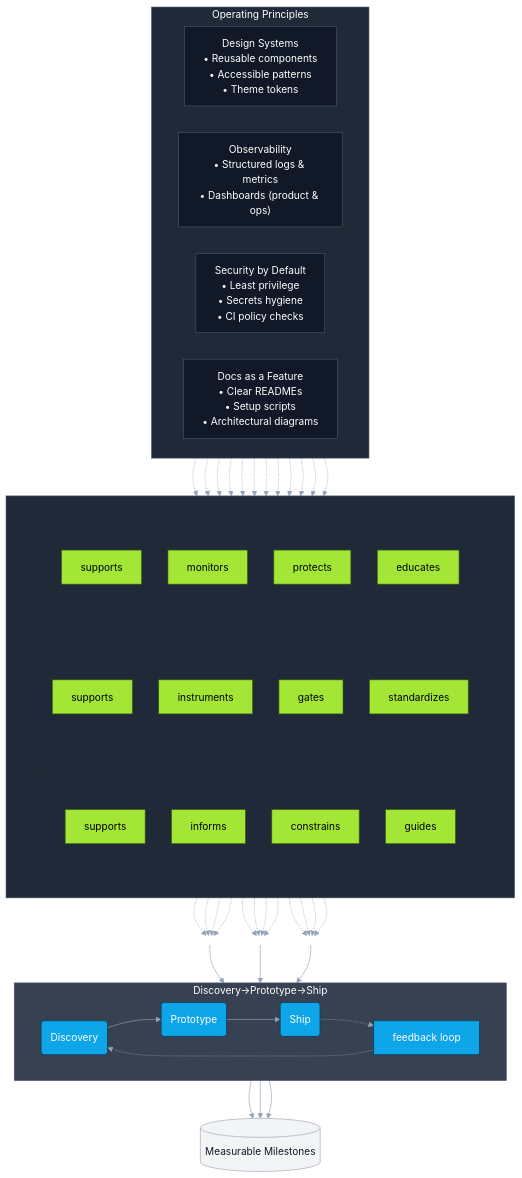
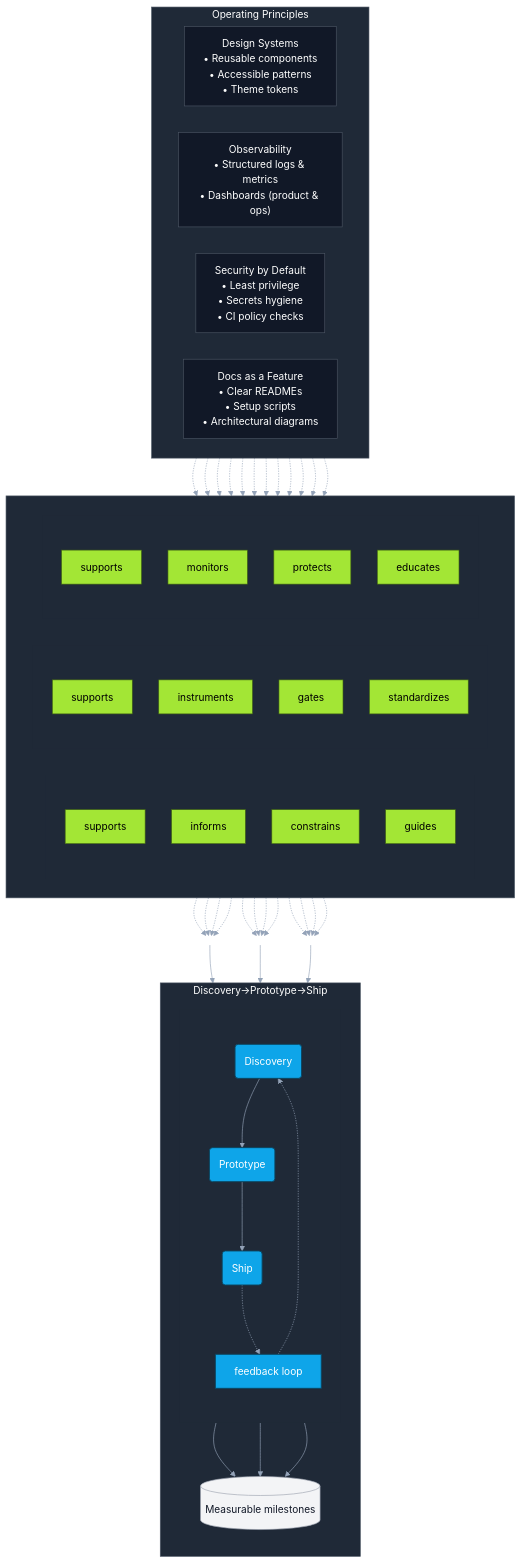
The diagram in README.md (DigitalHerencia/DigitalHerencia), drawn with Mermaid before and after one commit.

Commit message:
Update README.md with formatting and content changes

````diff
--- a/README.md
+++ b/README.md
@@ -208,13 +208,13 @@
     "primaryTextColor":"#ffffff",
     "primaryBorderColor":"#0b4660",
     "lineColor":"#94a3b8",
-    "clusterTitleFontSize":"26px",
+    "clusterTitleFontSize":"86px",
     "clusterTitleColor":"#ffffff"
   }
 }}%%
 flowchart TB
 
-%% Top: Operating Principles
+%% ── Operating Principles (top)
 subgraph PILLARS[Operating Principles]
 direction LR
   DS["Design Systems<br/>• Reusable components<br/>• Accessible patterns<br/>• Theme tokens"]:::pillar
@@ -223,7 +223,7 @@
   DOC["Docs as a Feature<br/>• Clear READMEs<br/>• Setup scripts<br/>• Architectural diagrams"]:::pillar
 end
 
-%% Lane (same color as PILLARS) with green tags inside
+%% ── Influence lane (same color as PILLARS) with green tags inside
 subgraph IMPACT[ ]
 direction LR
   subgraph COL_D[ ]
@@ -249,60 +249,41 @@
   end
 end
 
-%% Anchors (to reduce crossings)
+%% ── Anchors (fan-out to reduce crossings)
 AD((" ")):::anchor
 AP((" ")):::anchor
 AS((" ")):::anchor
 
-%% Middle: Delivery cycle (single-line title)
+%% ── Delivery cycle (left→right order; milestones under the section)
 subgraph CYCLE[Discovery→Prototype→Ship]
-direction LR
-  D(Discovery):::stage --> P(Prototype):::stage --> S(Ship):::stage
-  S -.-> FL["feedback loop"]:::stage
-  FL -.-> D
+direction TB
+  subgraph FLOW[ ]
+  direction TB
+    D(Discovery):::stage --> P(Prototype):::stage --> S(Ship):::stage
+    S -.-> FL["feedback loop"]:::stage
+    FL -.-> D
+  end
+  M[("Measurable milestones")]:::note
+  D --> M
+  P --> M
+  S --> M
 end
 
-%% Bottom: Outcome
-M[("Measurable Milestones")]:::note
-D --> M
-P --> M
-S --> M
+%% ── Pillars → tags (dashed)
+DS -.-> L_sup_d; DS -.-> L_sup_p; DS -.-> L_sup_s
+OB -.-> L_inf_d; OB -.-> L_ins_p; OB -.-> L_mon_s
+SEC -.-> L_con_d; SEC -.-> L_gat_p; SEC -.-> L_pro_s
+DOC -.-> L_gui_d; DOC -.-> L_std_p; DOC -.-> L_edu_s
 
-%% Pillars → tags (dashed)
-DS -.-> L_sup_d
-DS -.-> L_sup_p
-DS -.-> L_sup_s
-OB -.-> L_inf_d
-OB -.-> L_ins_p
-OB -.-> L_mon_s
-SEC -.-> L_con_d
-SEC -.-> L_gat_p
-SEC -.-> L_pro_s
-DOC -.-> L_gui_d
-DOC -.-> L_std_p
-DOC -.-> L_edu_s
-
-%% Tags → anchors → stages
-L_sup_d -.-> AD
-L_inf_d -.-> AD
-L_con_d -.-> AD
-L_gui_d -.-> AD
-
-L_sup_p -.-> AP
-L_ins_p -.-> AP
-L_gat_p -.-> AP
-L_std_p -.-> AP
-
-L_sup_s -.-> AS
-L_mon_s -.-> AS
-L_pro_s -.-> AS
-L_edu_s -.-> AS
-
+%% ── Tags → anchors → stages
+L_sup_d -.-> AD; L_inf_d -.-> AD; L_con_d -.-> AD; L_gui_d -.-> AD
+L_sup_p -.-> AP; L_ins_p -.-> AP; L_gat_p -.-> AP; L_std_p -.-> AP
+L_sup_s -.-> AS; L_mon_s -.-> AS; L_pro_s -.-> AS; L_edu_s -.-> AS
 AD --> D
 AP --> P
 AS --> S
 
-%% Styles
+%% ── Styles
 classDef stage  fill:#0ea5e9,stroke:#0b4660,color:#ffffff,stroke-width:1.5px;
 classDef pillar fill:#111827,stroke:#4b5563,color:#ffffff,stroke-width:1px;
 classDef note   fill:#f3f4f6,stroke:#9ca3af,color:#111827,stroke-width:1px;
@@ -310,9 +291,10 @@
 classDef anchor fill:transparent,stroke:transparent,color:transparent;
 
 style PILLARS fill:#1f2937,stroke:#4b5563,color:#ffffff,stroke-width:1px;
-style CYCLE   fill:#374151,stroke:#4b5563,color:#ffffff,stroke-width:1px;
 style IMPACT  fill:#1f2937,stroke:#4b5563,color:#ffffff,stroke-width:1px;
 style COL_D   fill:#1f2937,stroke:#1f2937,color:#ffffff,stroke-width:0;
 style COL_P   fill:#1f2937,stroke:#1f2937,color:#ffffff,stroke-width:0;
 style COL_S   fill:#1f2937,stroke:#1f2937,color:#ffffff,stroke-width:0;
+style FLOW    fill:#1f2937,stroke:#4b5563,color:#ffffff,stroke-width:0;
+style CYCLE   fill:#1f2937,stroke:#4b5563,color:#ffffff,stroke-width:1px;
 ```
````
